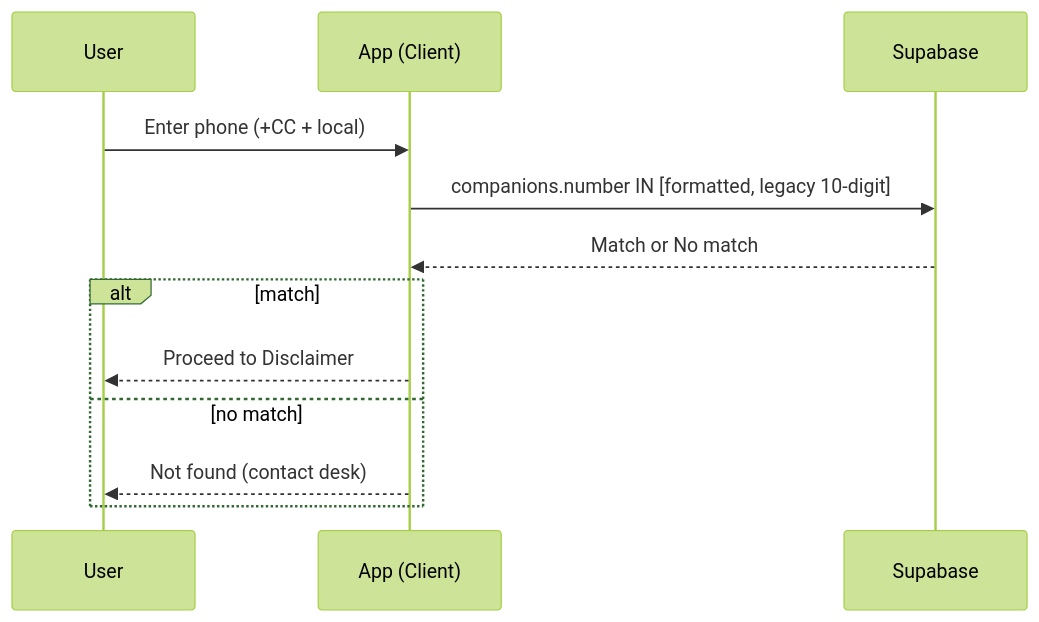
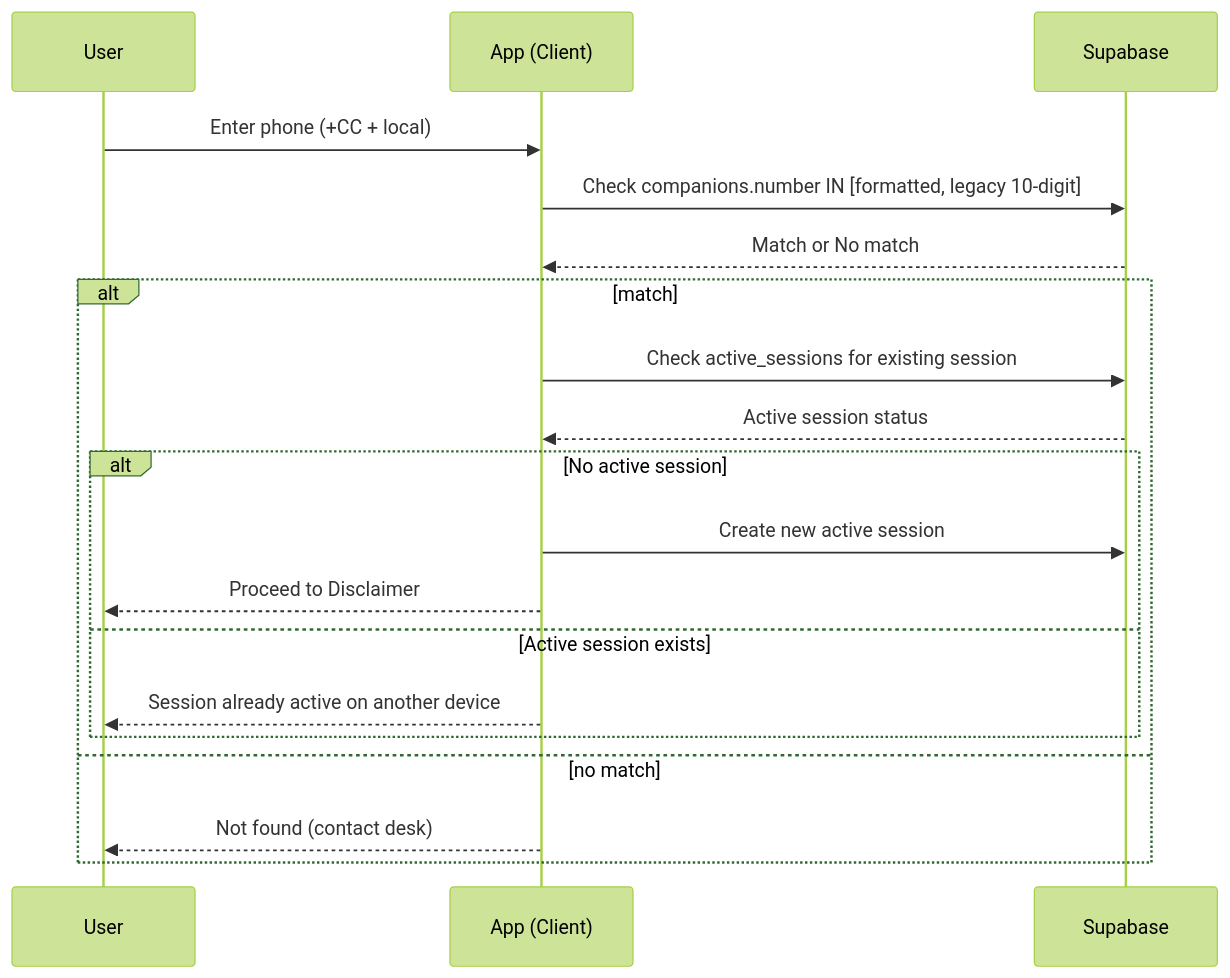
One commit to xactai/Communitiful changed the fourth of 11 diagrams in app_docs/Flow_Diagrams.md. Above: the diagram before and after it, drawn with Mermaid (forest theme). The commit also changed other lines of this file and 2 other files, not shown here.

Commit message:
Readme Update, FlowDiagrams Updated, ImplementationDocument Updated

````diff
--- a/app_docs/Flow_Diagrams.md
+++ b/app_docs/Flow_Diagrams.md
@@ -77,15 +78,22 @@
 ```mermaid
 sequenceDiagram
   participant U as User
   participant App as App (Client)
   participant DB as Supabase
 
   U->>App: Enter phone (+CC + local)
-  App->>DB: companions.number IN [formatted, legacy 10-digit]
+  App->>DB: Check companions.number IN [formatted, legacy 10-digit]
   DB-->>App: Match or No match
   alt match
-    App-->>U: Proceed to Disclaimer
+    App->>DB: Check active_sessions for existing session
+    DB-->>App: Active session status
+    alt No active session
+      App->>DB: Create new active session
+      App-->>U: Proceed to Disclaimer
+    else Active session exists
+      App-->>U: Session already active on another device
+    end
   else no match
     App-->>U: Not found (contact desk)
   end
 ```
````
